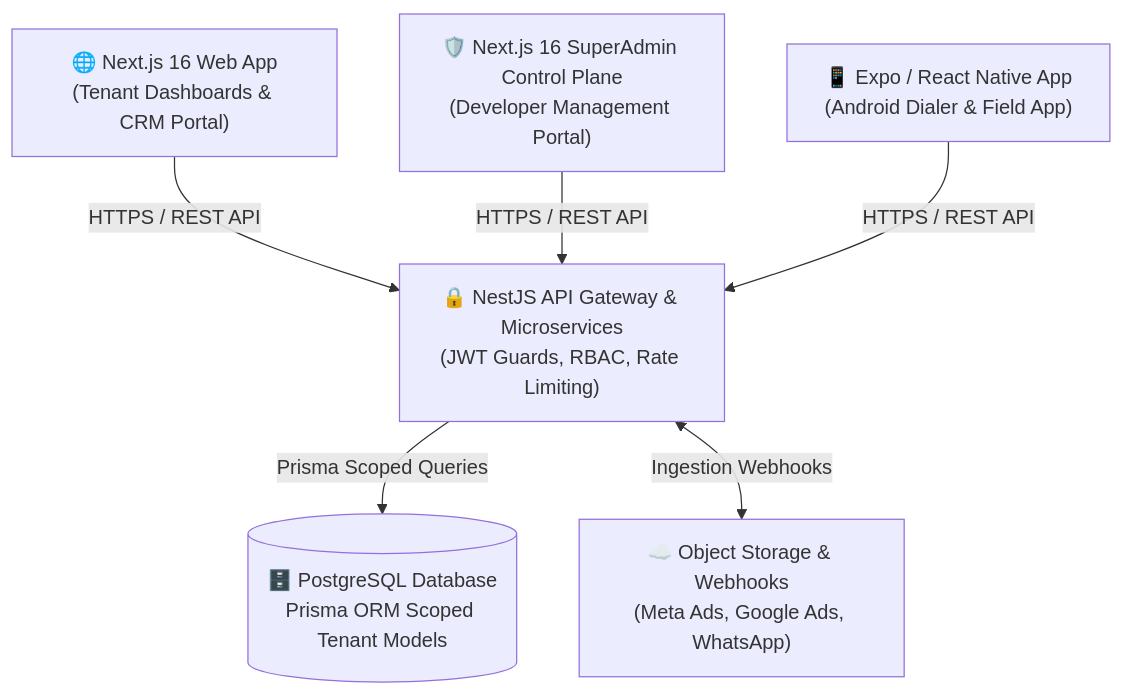
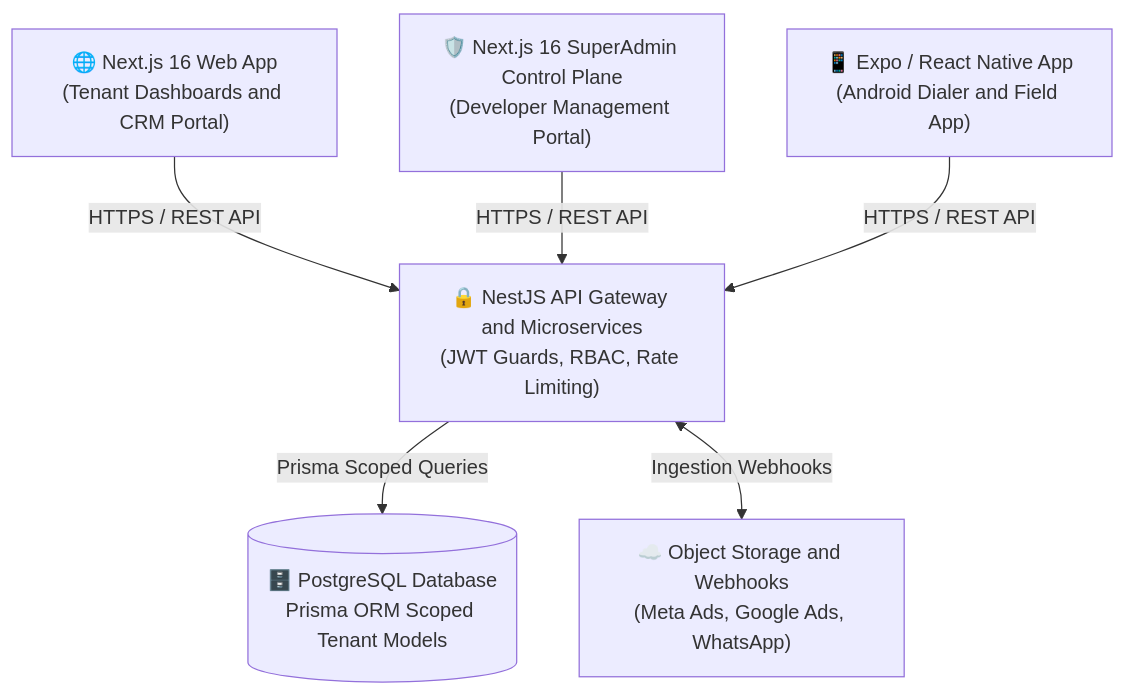
The first of 12 diagrams in README.md (aditya-k-rai/DAS-CRM), drawn with Mermaid before and after one commit. The commit also changed other lines of this file, not shown here.

First line of the commit message:
fix: repair broken Mermaid diagrams in README

````diff
--- a/README.md
+++ b/README.md
@@ -41,18 +41,24 @@
 ```mermaid
 graph TD
-    ClientWeb["🌐 Next.js 16 Web App<br/>(Tenant Dashboards & CRM Portal)"]
-    ClientSuperAdmin["🛡️ Next.js 16 SuperAdmin Control Plane<br/>(Developer Management Portal)"]
-    ClientMobile["📱 Expo / React Native App<br/>(Android Dialer & Field App)"]
+    ClientWeb["🌐 Next.js 16 Web App
+(Tenant Dashboards and CRM Portal)"]
+    ClientSuperAdmin["🛡️ Next.js 16 SuperAdmin Control Plane
+(Developer Management Portal)"]
+    ClientMobile["📱 Expo / React Native App
+(Android Dialer and Field App)"]
 
-    Gateway["🔒 NestJS API Gateway & Microservices<br/>(JWT Guards, RBAC, Rate Limiting)"]
+    Gateway["🔒 NestJS API Gateway and Microservices
+(JWT Guards, RBAC, Rate Limiting)"]
 
-    DB[(🗄️ PostgreSQL Database<br/>Prisma ORM Scoped Tenant Models)]
-    Storage["☁️ Object Storage & Webhooks<br/>(Meta Ads, Google Ads, WhatsApp)"]
+    DB[("🗄️ PostgreSQL Database
+Prisma ORM Scoped Tenant Models")]
+    Storage["☁️ Object Storage and Webhooks
+(Meta Ads, Google Ads, WhatsApp)"]
 
     ClientWeb -->|HTTPS / REST API| Gateway
     ClientSuperAdmin -->|HTTPS / REST API| Gateway
     ClientMobile -->|HTTPS / REST API| Gateway
 
     Gateway -->|Prisma Scoped Queries| DB
     Gateway <-->|Ingestion Webhooks| Storage
 ```
````
